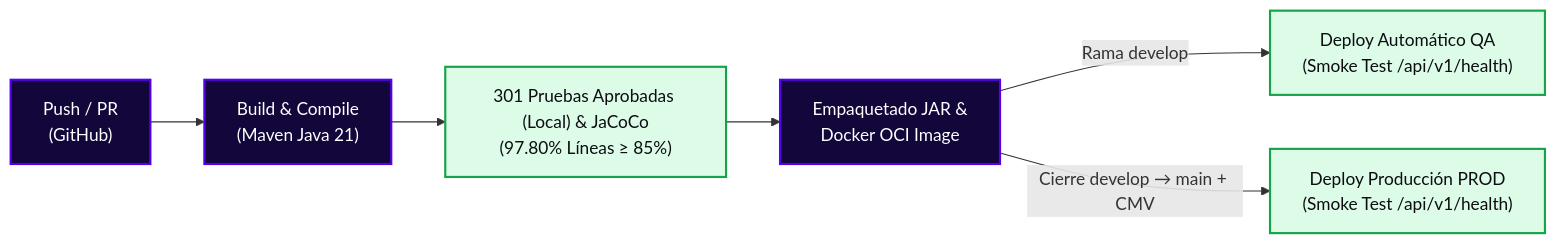
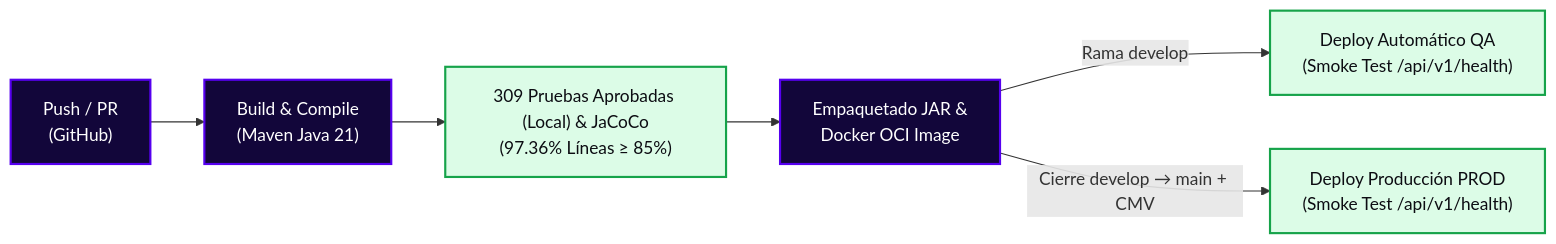
Before and after one commit to StyleRadar1/PT8080-Donations-Service: the diagram in docs/readmes/10-cicd-pipeline.md, drawn with Mermaid. The commit also changed other lines of this file and 5 other files, not shown here.

````diff
--- a/docs/readmes/10-cicd-pipeline.md
+++ b/docs/readmes/10-cicd-pipeline.md
@@ -18,14 +18,14 @@
 ```mermaid
 flowchart LR
     A["Push / PR<br>(GitHub)"] --> B["Build & Compile<br>(Maven Java 21)"]
-    B --> C["301 Pruebas Aprobadas (Local) & JaCoCo<br>(97.80% Líneas ≥ 85%)"]
+    B --> C["309 Pruebas Aprobadas (Local) & JaCoCo<br>(97.36% Líneas ≥ 85%)"]
     C --> D["Empaquetado JAR &<br>Docker OCI Image"]
     D -->|Rama develop| E["Deploy Automático QA<br>(Smoke Test /api/v1/health)"]
     D -->|Cierre develop → main + CMV| F["Deploy Producción PROD<br>(Smoke Test /api/v1/health)"]
 
     classDef step fill:#12063A,stroke:#5600EF,stroke-width:2px,color:#FFFFFF;
     classDef pass fill:#DCFCE7,stroke:#16A34A,stroke-width:2px,color:#0C0C12;
 
     class A,B,D step;
     class C,E,F pass;
 ```
````
